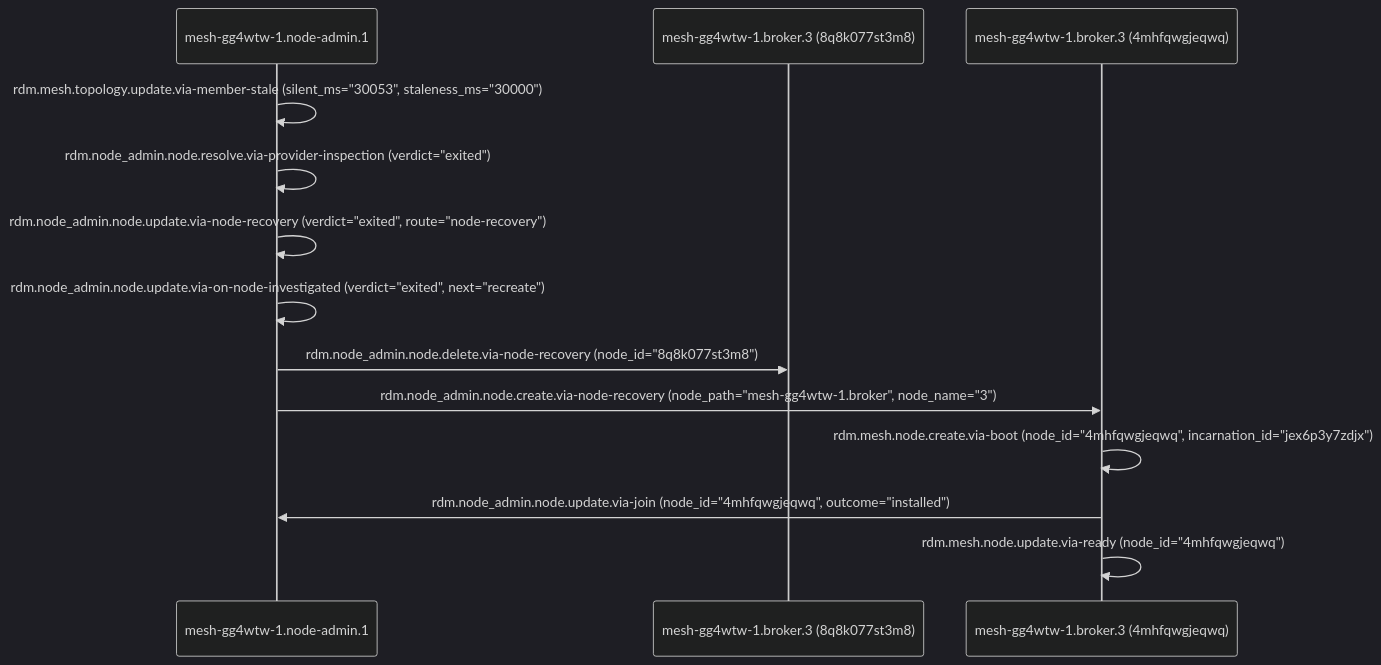
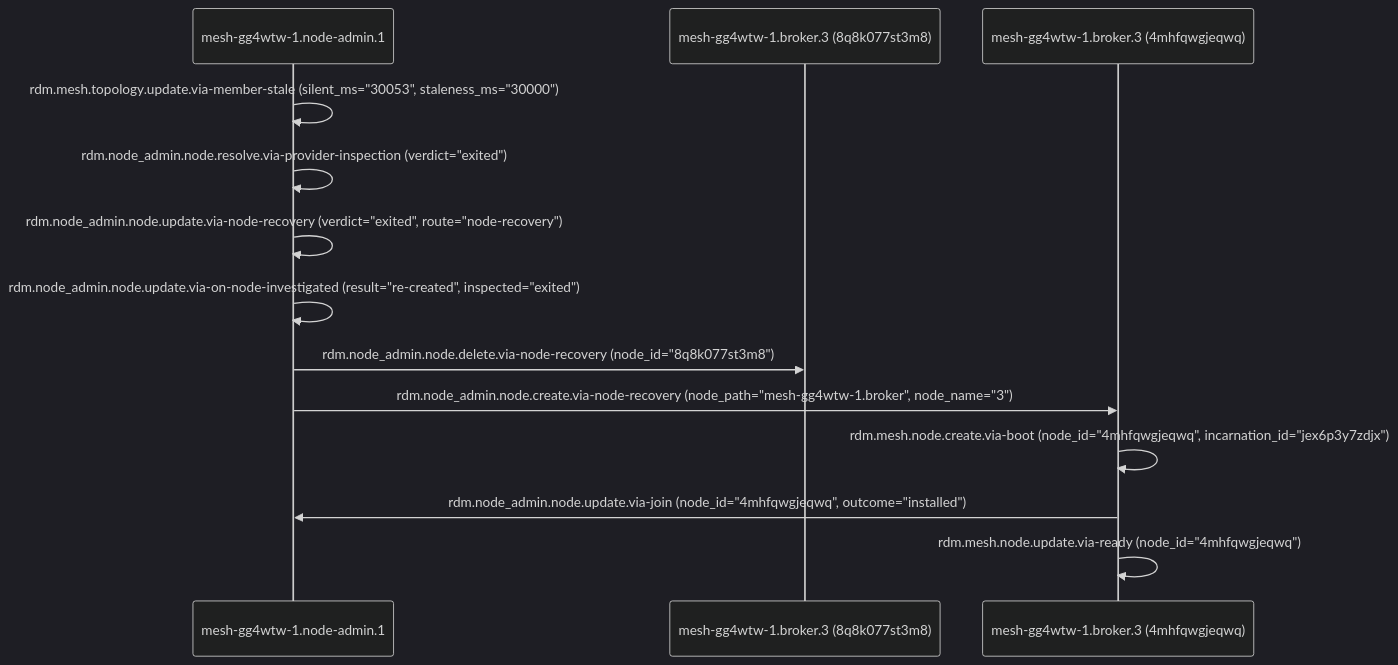
The second of 3 diagrams in docs/eng/tour.md (drlukeangel/rust-distributed-mesh), drawn with Mermaid (dark theme) before and after one commit. The commit also changed other lines of this file and 35 other files, not shown here.

````diff
--- a/docs/eng/tour.md
+++ b/docs/eng/tour.md
@@ -220,16 +220,16 @@
 ```mermaid
 sequenceDiagram
     participant A1 as mesh-gg4wtw-1.node-admin.1
     participant B3_old as mesh-gg4wtw-1.broker.3 (8q8k077st3m8)
     participant B3_new as mesh-gg4wtw-1.broker.3 (4mhfqwgjeqwq)
 
     A1->>A1: rdm.mesh.topology.update.via-member-stale (silent_ms="30053", staleness_ms="30000")
     A1->>A1: rdm.node_admin.node.resolve.via-provider-inspection (verdict="exited")
     A1->>A1: rdm.node_admin.node.update.via-node-recovery (verdict="exited", route="node-recovery")
-    A1->>A1: rdm.node_admin.node.update.via-on-node-investigated (verdict="exited", next="recreate")
+    A1->>A1: rdm.node_admin.node.update.via-on-node-investigated (result="re-created", inspected="exited")
     A1->>B3_old: rdm.node_admin.node.delete.via-node-recovery (node_id="8q8k077st3m8")
     A1->>B3_new: rdm.node_admin.node.create.via-node-recovery (node_path="mesh-gg4wtw-1.broker", node_name="3")
     B3_new->>B3_new: rdm.mesh.node.create.via-boot (node_id="4mhfqwgjeqwq", incarnation_id="jex6p3y7zdjx")
     B3_new->>A1: rdm.node_admin.node.update.via-join (node_id="4mhfqwgjeqwq", outcome="installed")
     B3_new->>B3_new: rdm.mesh.node.update.via-ready (node_id="4mhfqwgjeqwq")
 ```
````
